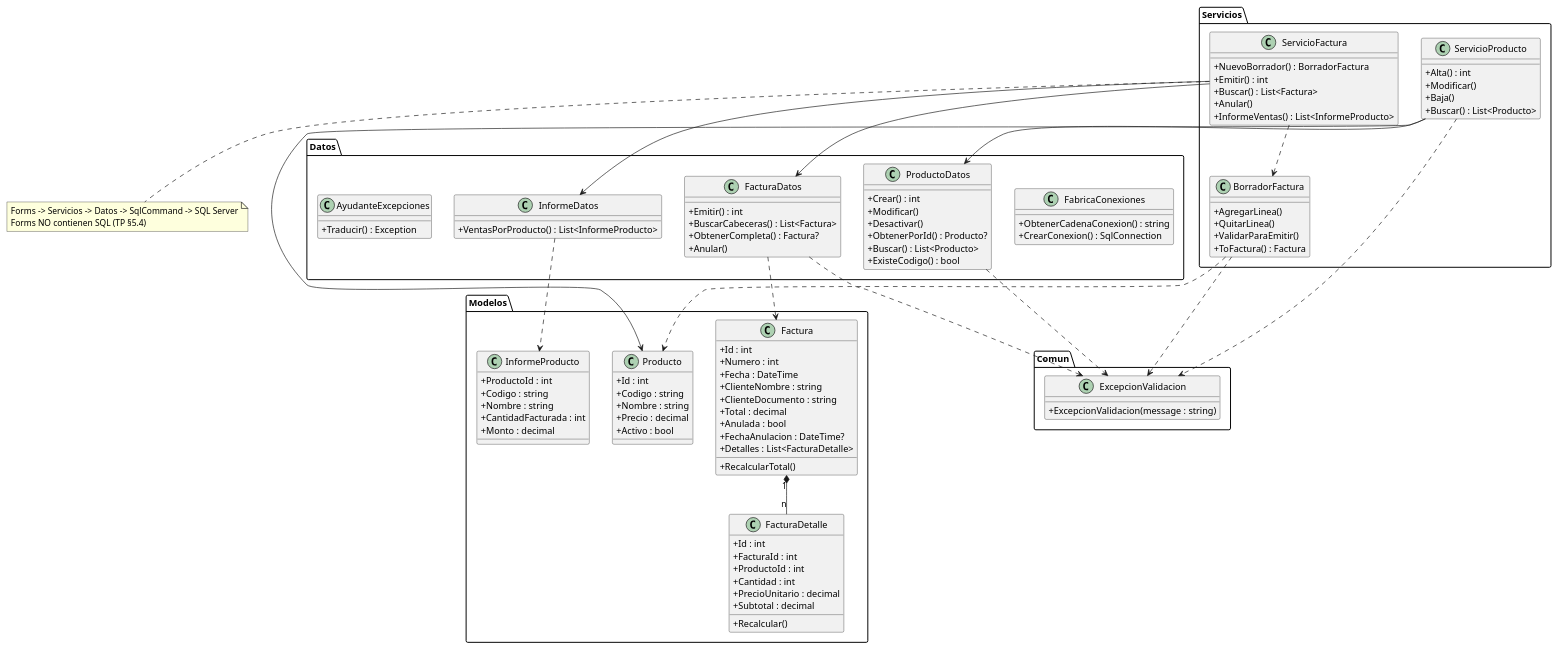
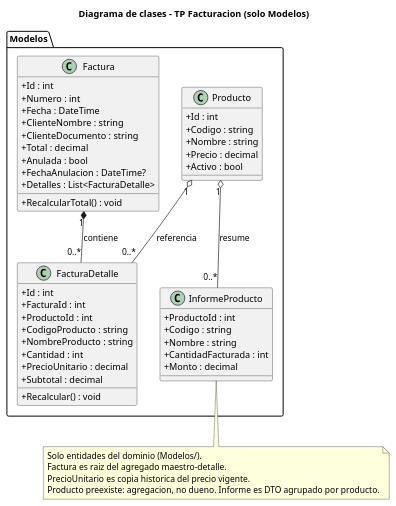
One commit to Lausciaca/TPParcial1 changed the diagram in TPParcial1/Documentos/diagrama-clases.puml. Above: the diagram before and after it, drawn with PlantUML. The commit also changed 2 other files, not shown here.

```diff
--- a/TPParcial1/Documentos/diagrama-clases.puml
+++ b/TPParcial1/Documentos/diagrama-clases.puml
@@ -1,115 +1,55 @@
-@startuml Diagrama de clases - TP Facturacion
+@startuml
+title Diagrama de clases - TP Facturacion (solo Modelos)
 skinparam classAttributeIconSize 0
 
 package Modelos {
   class Producto {
     + Id : int
     + Codigo : string
     + Nombre : string
     + Precio : decimal
     + Activo : bool
   }
   class Factura {
     + Id : int
     + Numero : int
     + Fecha : DateTime
     + ClienteNombre : string
     + ClienteDocumento : string
     + Total : decimal
     + Anulada : bool
     + FechaAnulacion : DateTime?
     + Detalles : List<FacturaDetalle>
-    + RecalcularTotal()
+    + RecalcularTotal() : void
   }
   class FacturaDetalle {
     + Id : int
     + FacturaId : int
     + ProductoId : int
+    + CodigoProducto : string
+    + NombreProducto : string
     + Cantidad : int
     + PrecioUnitario : decimal
     + Subtotal : decimal
-    + Recalcular()
+    + Recalcular() : void
   }
   class InformeProducto {
     + ProductoId : int
     + Codigo : string
     + Nombre : string
     + CantidadFacturada : int
     + Monto : decimal
   }
-  Factura "1" *-- "n" FacturaDetalle
+
+  Factura "1" *-- "0..*" FacturaDetalle : contiene
+  Producto "1" o-- "0..*" FacturaDetalle : referencia
+  Producto "1" o-- "0..*" InformeProducto : resume
 }
 
-package Datos {
-  class FabricaConexiones {
-    + ObtenerCadenaConexion() : string
-    + CrearConexion() : SqlConnection
-  }
-  class ProductoDatos {
-    + Crear() : int
-    + Modificar()
-    + Desactivar()
-    + ObtenerPorId() : Producto?
-    + Buscar() : List<Producto>
-    + ExisteCodigo() : bool
-  }
-  class FacturaDatos {
-    + Emitir() : int
-    + BuscarCabeceras() : List<Factura>
-    + ObtenerCompleta() : Factura?
-    + Anular()
-  }
-  class InformeDatos {
-    + VentasPorProducto() : List<InformeProducto>
-  }
-  class AyudanteExcepciones {
-    + Traducir() : Exception
-  }
-}
-
-package Comun {
-  class ExcepcionValidacion {
-    + ExcepcionValidacion(message : string)
-  }
-}
-
-package Servicios {
-  class ServicioProducto {
-    + Alta() : int
-    + Modificar()
-    + Baja()
-    + Buscar() : List<Producto>
-  }
-  class BorradorFactura {
-    + AgregarLinea()
-    + QuitarLinea()
-    + ValidarParaEmitir()
-    + ToFactura() : Factura
-  }
-  class ServicioFactura {
-    + NuevoBorrador() : BorradorFactura
-    + Emitir() : int
-    + Buscar() : List<Factura>
-    + Anular()
-    + InformeVentas() : List<InformeProducto>
-  }
-}
-
-ServicioProducto --> ProductoDatos
-ServicioProducto --> Producto
-ServicioFactura --> FacturaDatos
-ServicioFactura --> InformeDatos
-ServicioFactura ..> BorradorFactura
-FacturaDatos ..> Factura
-InformeDatos ..> InformeProducto
-BorradorFactura ..> Producto
-BorradorFactura ..> ExcepcionValidacion
-ServicioProducto ..> ExcepcionValidacion
-ProductoDatos ..> ExcepcionValidacion
-FacturaDatos ..> ExcepcionValidacion
-
 note bottom
-  Forms -> Servicios -> Datos -> SqlCommand -> SQL Server
-  Forms NO contienen SQL (TP §5.4)
+  Solo entidades del dominio (Modelos/).
+  Factura es raiz del agregado maestro-detalle.
+  PrecioUnitario es copia historica del precio vigente.
+  Producto preexiste: agregacion, no dueno. Informe es DTO agrupado por producto.
 end note
 @enduml
```
